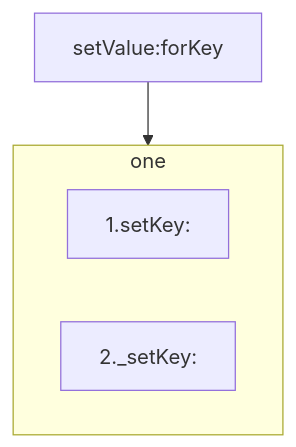
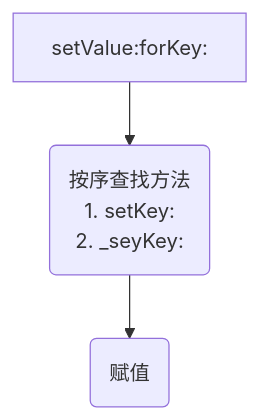
One commit to 627969687/LevelUp changed the diagram in 01-Coding/01-iOS/01-面试/01-OC/01-语法/03-KVC.md. Above: the diagram before and after it, drawn with Mermaid.

Commit message:
vault backup: 2024-12-13 01:49:53

````diff
--- a/01-Coding/01-iOS/01-面试/01-OC/01-语法/03-KVC.md
+++ b/01-Coding/01-iOS/01-面试/01-OC/01-语法/03-KVC.md
@@ -47,8 +47,9 @@
 ```mermaid
 graph TD
-	setValue:forKey --> one
-	subgraph one
-	1.setKey:
-	2._setKey:
-	end
+
+findFunc(按序查找方法\n1. setKey:\n2. _seyKey:)
+setValue(赋值)
+
+setValue:forKey: --> findFunc
+findFunc --> setValue
 ```
````
